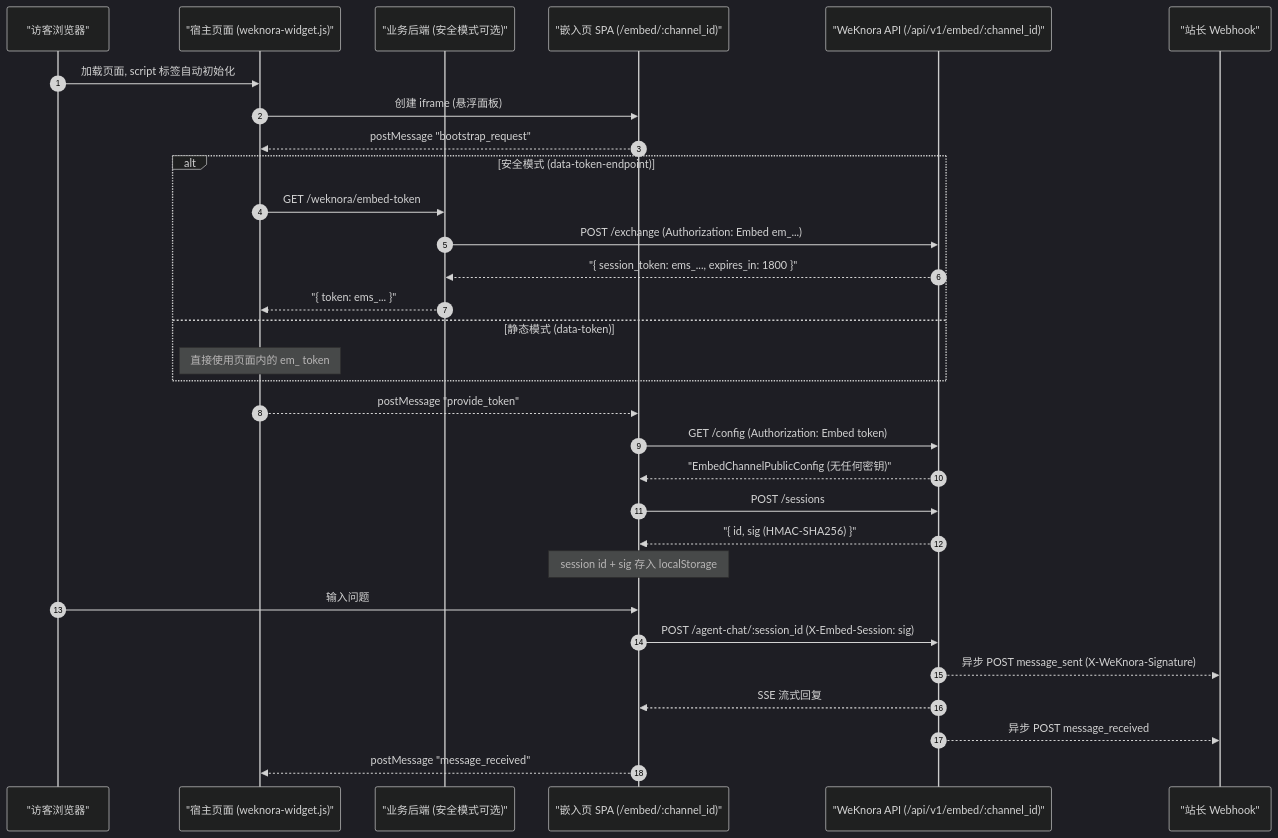
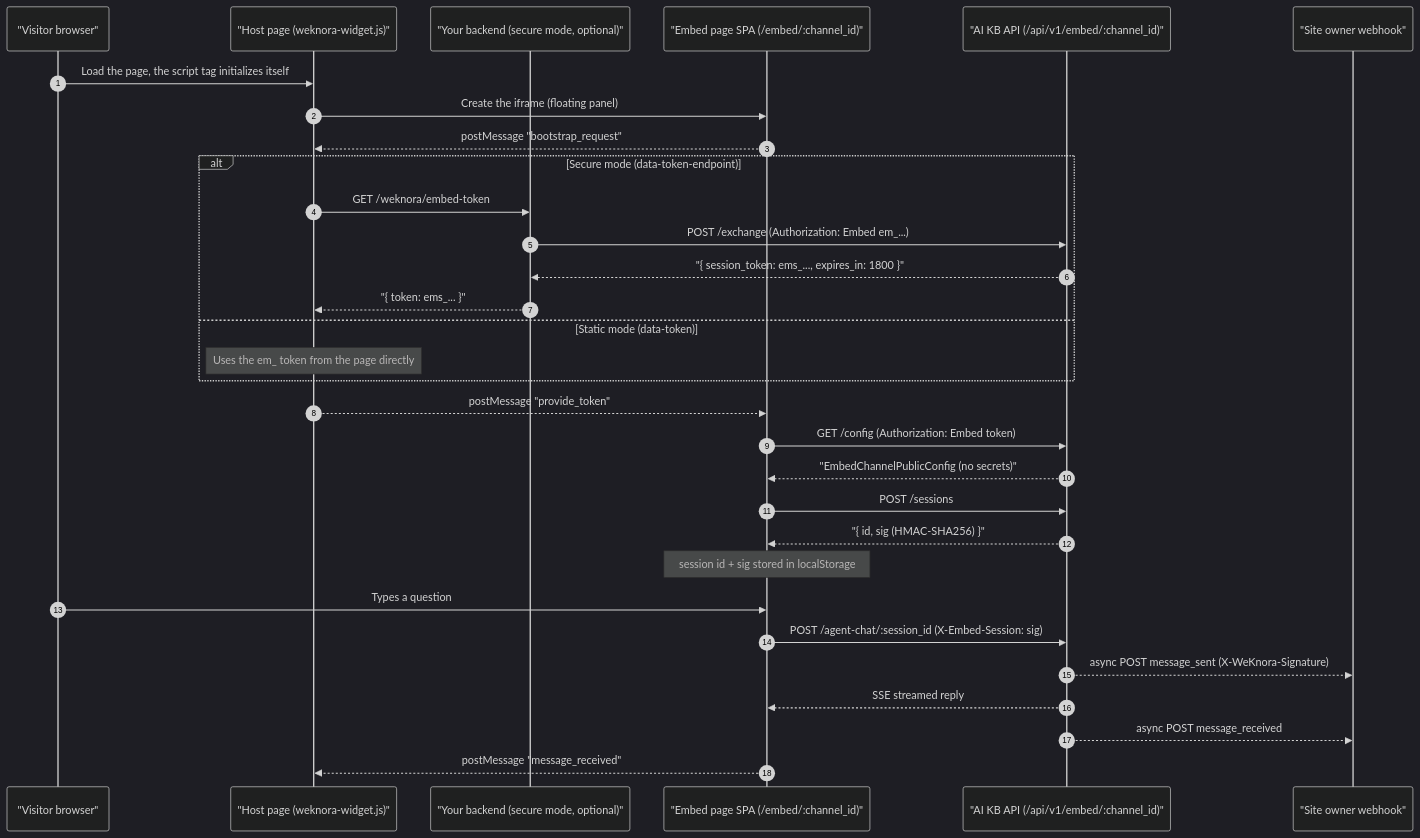
The diagram in website-docs/03-features/13-embed-channel.md (jrmatherly/ai-kb), drawn with Mermaid (dark theme) before and after one commit. The commit also changed other lines of this file and 5 other files, not shown here.

First line of the commit message:
docs(features): translate batch 3 (web search, IM integration, embed channel, Wiki, FAQ)

````diff
--- a/website-docs/03-features/13-embed-channel.md
+++ b/website-docs/03-features/13-embed-channel.md
@@ -270,34 +274,34 @@
 ```mermaid
 sequenceDiagram
     autonumber
-    participant Visitor as "访客浏览器"
-    participant Host as "宿主页面 (weknora-widget.js)"
-    participant Backend as "业务后端 (安全模式可选)"
-    participant Iframe as "嵌入页 SPA (/embed/:channel_id)"
-    participant API as "WeKnora API (/api/v1/embed/:channel_id)"
-    participant Webhook as "站长 Webhook"
+    participant Visitor as "Visitor browser"
+    participant Host as "Host page (weknora-widget.js)"
+    participant Backend as "Your backend (secure mode, optional)"
+    participant Iframe as "Embed page SPA (/embed/:channel_id)"
+    participant API as "AI KB API (/api/v1/embed/:channel_id)"
+    participant Webhook as "Site owner webhook"
 
-    Visitor->>Host: 加载页面, script 标签自动初始化
-    Host->>Iframe: 创建 iframe (悬浮面板)
+    Visitor->>Host: Load the page, the script tag initializes itself
+    Host->>Iframe: Create the iframe (floating panel)
     Iframe-->>Host: postMessage "bootstrap_request"
-    alt 安全模式 (data-token-endpoint)
+    alt Secure mode (data-token-endpoint)
         Host->>Backend: GET /weknora/embed-token
         Backend->>API: POST /exchange (Authorization: Embed em_...)
         API-->>Backend: "{ session_token: ems_..., expires_in: 1800 }"
         Backend-->>Host: "{ token: ems_... }"
-    else 静态模式 (data-token)
-        Note over Host: 直接使用页面内的 em_ token
+    else Static mode (data-token)
+        Note over Host: Uses the em_ token from the page directly
     end
     Host-->>Iframe: postMessage "provide_token"
     Iframe->>API: GET /config (Authorization: Embed token)
-    API-->>Iframe: "EmbedChannelPublicConfig (无任何密钥)"
+    API-->>Iframe: "EmbedChannelPublicConfig (no secrets)"
     Iframe->>API: POST /sessions
     API-->>Iframe: "{ id, sig (HMAC-SHA256) }"
-    Note over Iframe: session id + sig 存入 localStorage
-    Visitor->>Iframe: 输入问题
+    Note over Iframe: session id + sig stored in localStorage
+    Visitor->>Iframe: Types a question
     Iframe->>API: POST /agent-chat/:session_id (X-Embed-Session: sig)
-    API-->>Webhook: 异步 POST message_sent (X-WeKnora-Signature)
-    API-->>Iframe: SSE 流式回复
-    API-->>Webhook: 异步 POST message_received
+    API-->>Webhook: async POST message_sent (X-WeKnora-Signature)
+    API-->>Iframe: SSE streamed reply
+    API-->>Webhook: async POST message_received
     Iframe-->>Host: postMessage "message_received"
 ```
````
